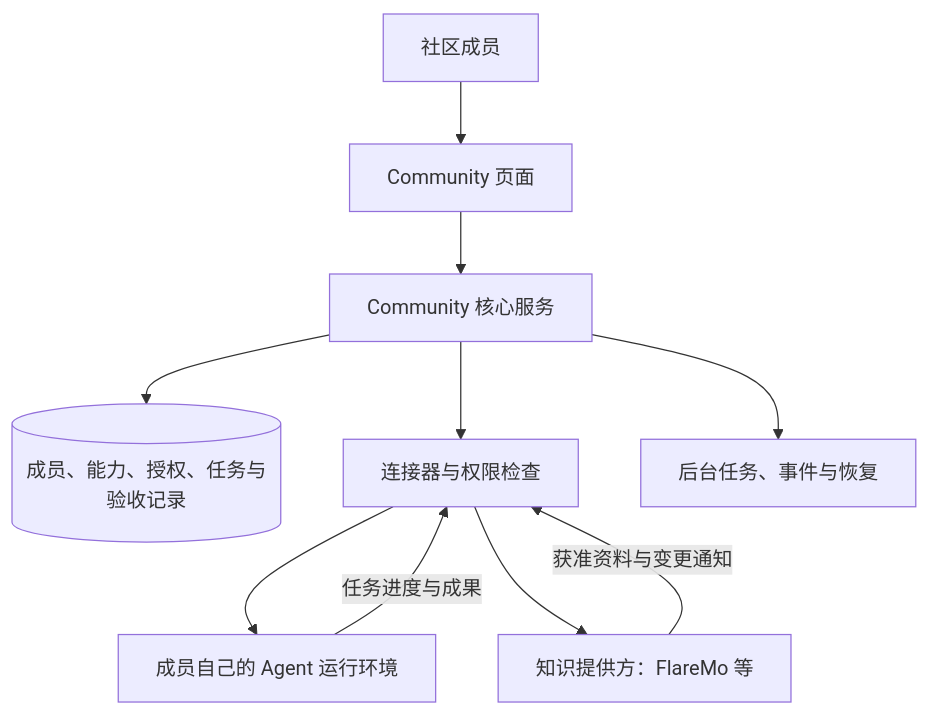
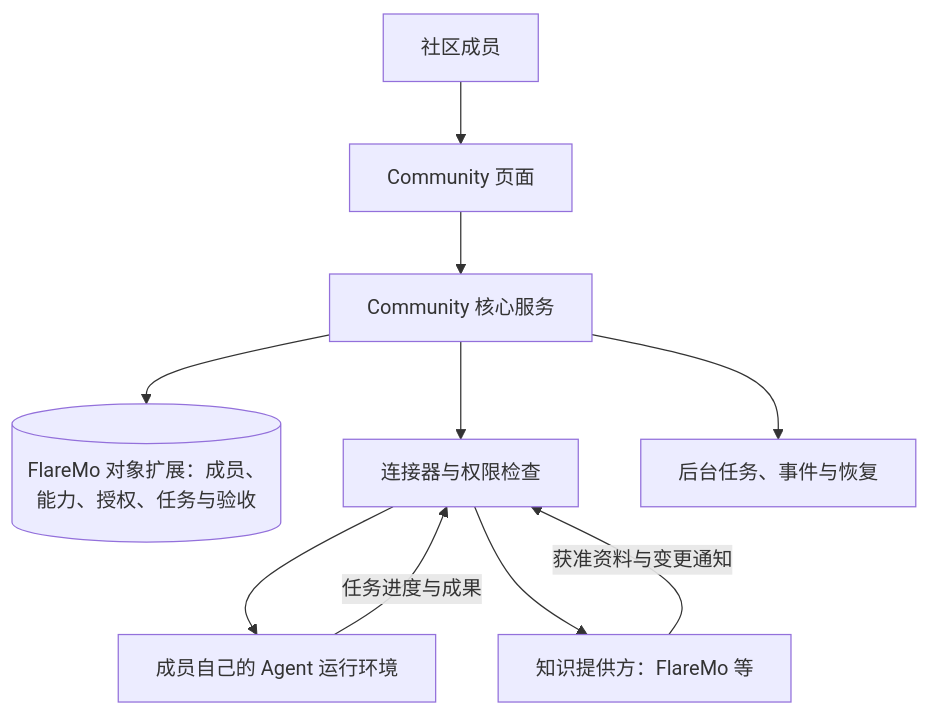
Before and after one commit to edison-land/agent-community: the diagram in docs/COMMUNITY_BLUEPRINT.zh-CN.md, drawn with Mermaid. The commit also changed other lines of this file and 19 other files, not shown here.

````diff
--- a/docs/COMMUNITY_BLUEPRINT.zh-CN.md
+++ b/docs/COMMUNITY_BLUEPRINT.zh-CN.md
@@ -15,12 +17,12 @@
 ```mermaid
 flowchart TB
   People[社区成员] --> UI[Community 页面]
   UI --> Core[Community 核心服务]
-  Core --> DB[(成员、能力、授权、任务与验收记录)]
+  Core --> DB[(FlareMo 对象扩展：成员、能力、授权、任务与验收)]
   Core --> Gateway[连接器与权限检查]
   Gateway --> Runtime[成员自己的 Agent 运行环境]
   Gateway --> Knowledge[知识提供方：FlareMo 等]
   Core --> Jobs[后台任务、事件与恢复]
   Runtime -->|任务进度与成果| Gateway
   Knowledge -->|获准资料与变更通知| Gateway
 ```
````
